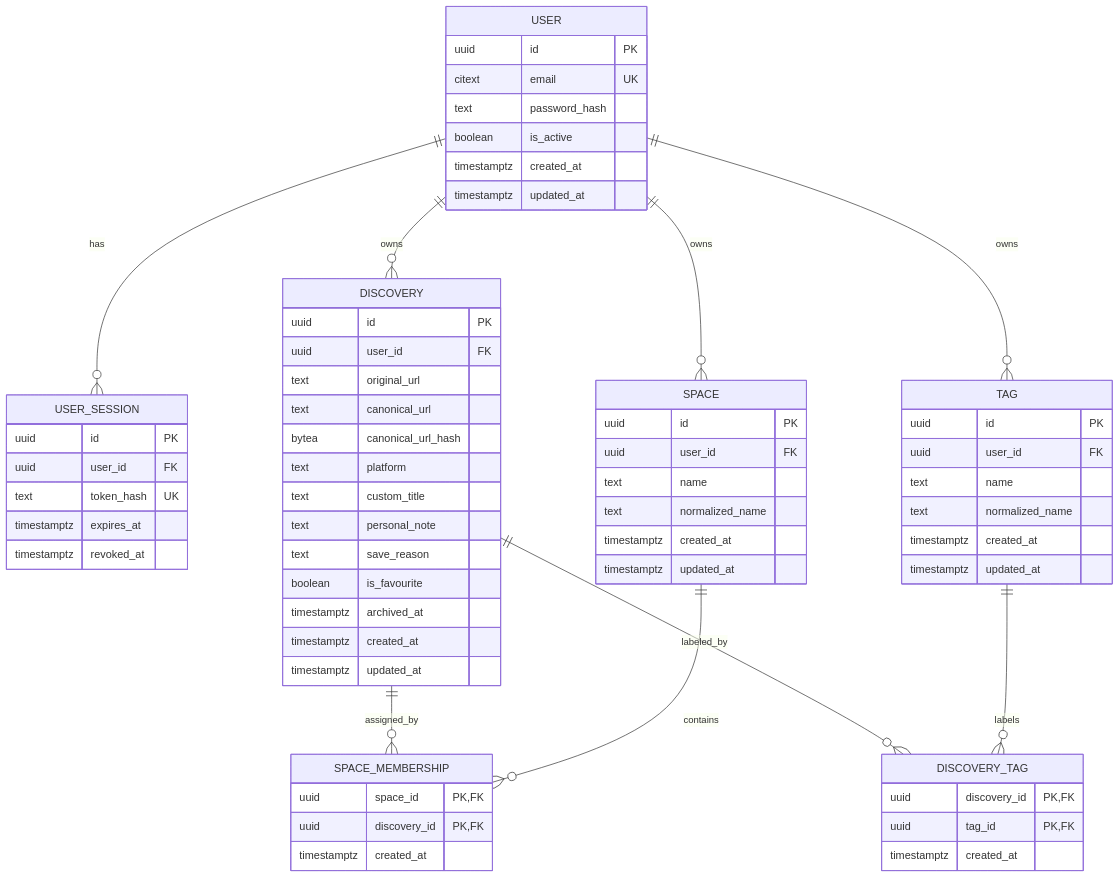
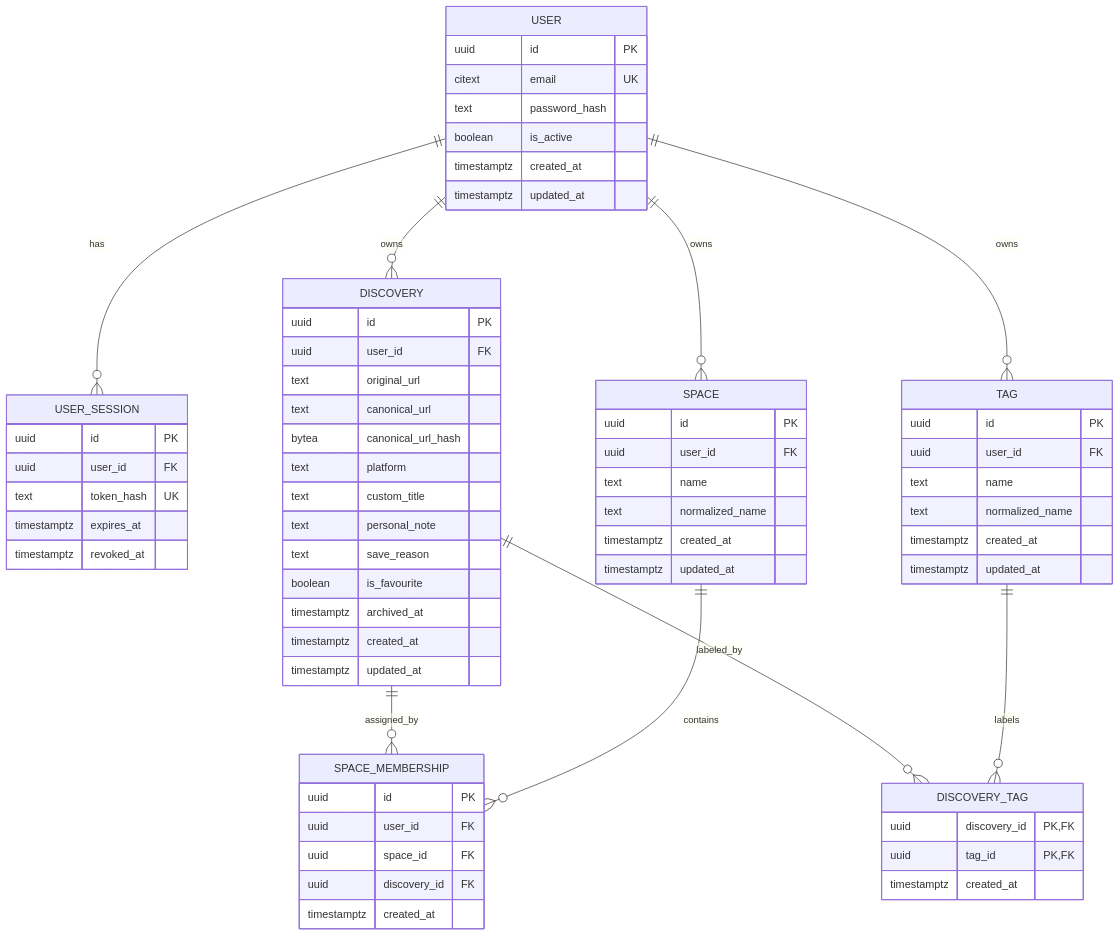
The second of 2 diagrams in docs/entity-relationship.md (KaswanDevkishan/KeptIt), drawn with Mermaid before and after one commit. The commit also changed other lines of this file and 7 other files, not shown here.

````diff
--- a/docs/entity-relationship.md
+++ b/docs/entity-relationship.md
@@ -170,68 +172,70 @@
 ```mermaid
 erDiagram
     USER ||--o{ USER_SESSION : has
     USER ||--o{ DISCOVERY : owns
     USER ||--o{ SPACE : owns
     USER ||--o{ TAG : owns
     DISCOVERY ||--o{ SPACE_MEMBERSHIP : assigned_by
     SPACE ||--o{ SPACE_MEMBERSHIP : contains
     DISCOVERY ||--o{ DISCOVERY_TAG : labeled_by
     TAG ||--o{ DISCOVERY_TAG : labels
 
     USER {
         uuid id PK
         citext email UK
         text password_hash
         boolean is_active
         timestamptz created_at
         timestamptz updated_at
     }
     USER_SESSION {
         uuid id PK
         uuid user_id FK
         text token_hash UK
         timestamptz expires_at
         timestamptz revoked_at
     }
     DISCOVERY {
         uuid id PK
         uuid user_id FK
         text original_url
         text canonical_url
         bytea canonical_url_hash
         text platform
         text custom_title
         text personal_note
         text save_reason
         boolean is_favourite
         timestamptz archived_at
         timestamptz created_at
         timestamptz updated_at
     }
     SPACE {
         uuid id PK
         uuid user_id FK
         text name
         text normalized_name
         timestamptz created_at
         timestamptz updated_at
     }
     SPACE_MEMBERSHIP {
-        uuid space_id PK, FK
-        uuid discovery_id PK, FK
+        uuid id PK
+        uuid user_id FK
+        uuid space_id FK
+        uuid discovery_id FK
         timestamptz created_at
     }
     TAG {
         uuid id PK
         uuid user_id FK
         text name
         text normalized_name
         timestamptz created_at
         timestamptz updated_at
     }
     DISCOVERY_TAG {
         uuid discovery_id PK, FK
         uuid tag_id PK, FK
         timestamptz created_at
     }
 ```
````
